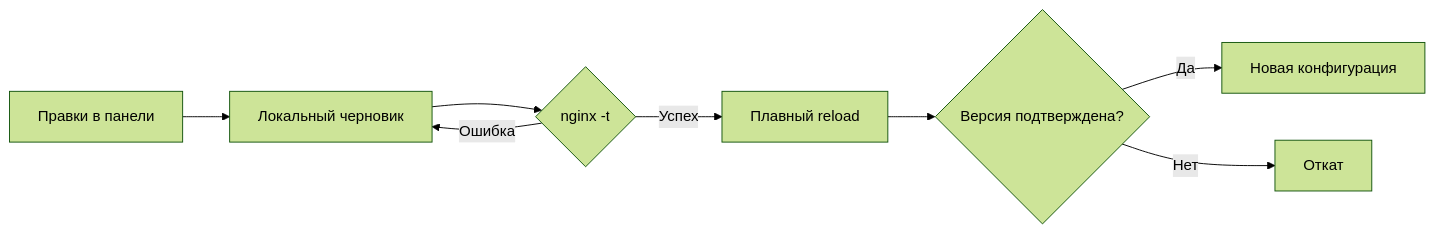
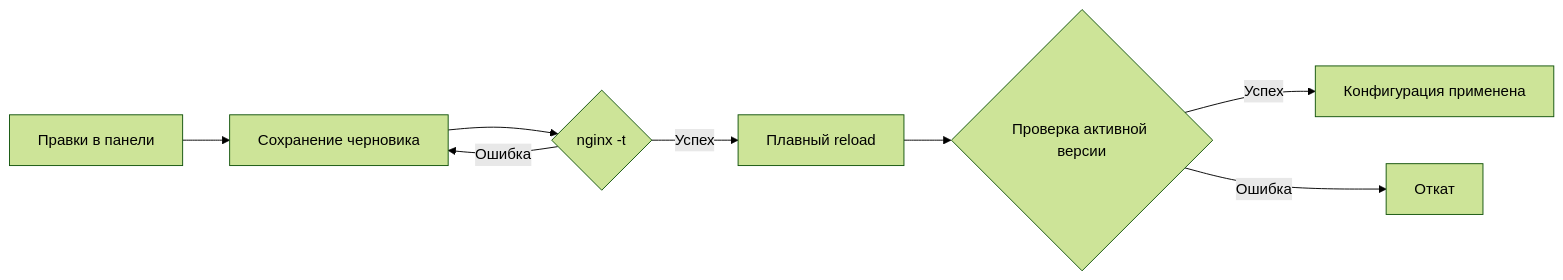
One commit to gadmin2151/ambergate changed the diagram in README.ru.md. Above: the diagram before and after it, drawn with Mermaid (forest theme). The commit also changed other lines of this file and 14 other files, not shown here.

````diff
--- a/README.ru.md
+++ b/README.ru.md
@@ -275,10 +200,10 @@
 ```mermaid
 flowchart LR
-    A[Правки в панели] --> B[Локальный черновик]
+    A[Правки в панели] --> B[Сохранение черновика]
     B --> C{nginx -t}
+    C -->|Успех| D[Плавный reload]
     C -->|Ошибка| B
-    C -->|Успех| D[Плавный reload]
-    D --> E{Версия подтверждена?}
-    E -->|Да| F[Новая конфигурация]
-    E -->|Нет| G[Откат]
+    D --> E{Проверка активной версии}
+    E -->|Успех| F[Конфигурация применена]
+    E -->|Ошибка| G[Откат]
 ```
````
